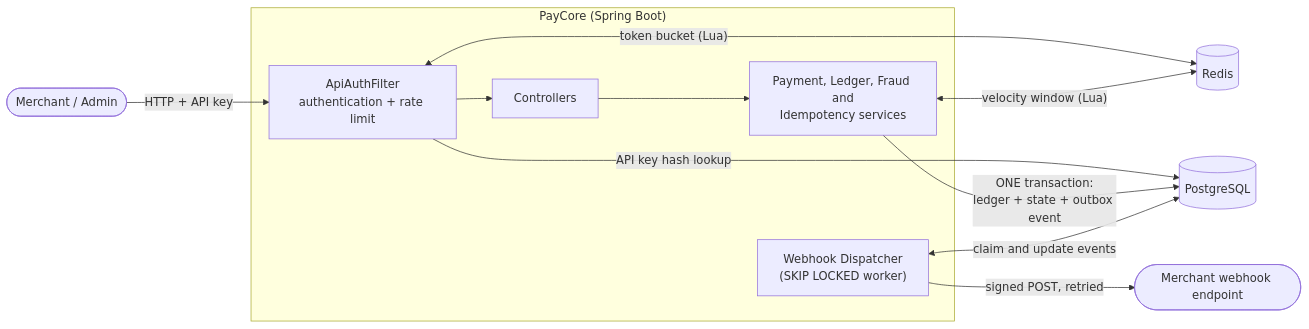
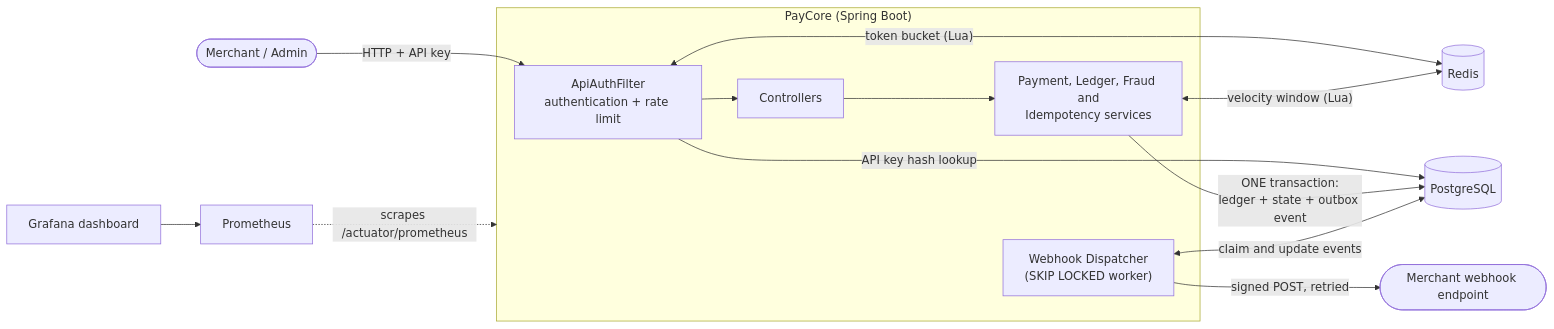
Before and after one commit to nishitatanna2028-source/Paycore: the first of 2 diagrams in README.md, drawn with Mermaid. The commit also changed other lines of this file and 17 other files, not shown here.

Commit message:
Add Prometheus & Grafana monitoring, fraud screening, and Testcontainers CI pipeline

````diff
--- a/README.md
+++ b/README.md
@@ -60,17 +62,19 @@
 ```mermaid
 flowchart LR
     Client([Merchant / Admin]) -->|"HTTP + API key"| Filter
 
     subgraph PayCore["PayCore (Spring Boot)"]
         Filter["ApiAuthFilter<br/>authentication + rate limit"] --> Controllers
         Controllers --> Services["Payment, Ledger, Fraud and<br/>Idempotency services"]
         Dispatcher["Webhook Dispatcher<br/>(SKIP LOCKED worker)"]
     end
 
     Filter <-->|"token bucket (Lua)"| Redis[(Redis)]
     Services <-->|"velocity window (Lua)"| Redis
     Filter -->|"API key hash lookup"| PG[(PostgreSQL)]
     Services -->|"ONE transaction:<br/>ledger + state + outbox event"| PG
     Dispatcher <-->|"claim and update events"| PG
     Dispatcher -->|"signed POST, retried"| Merchant([Merchant webhook endpoint])
+    Prometheus["Prometheus"] -.->|"scrapes /actuator/prometheus"| PayCore
+    Grafana["Grafana dashboard"] --> Prometheus
 ```
````
